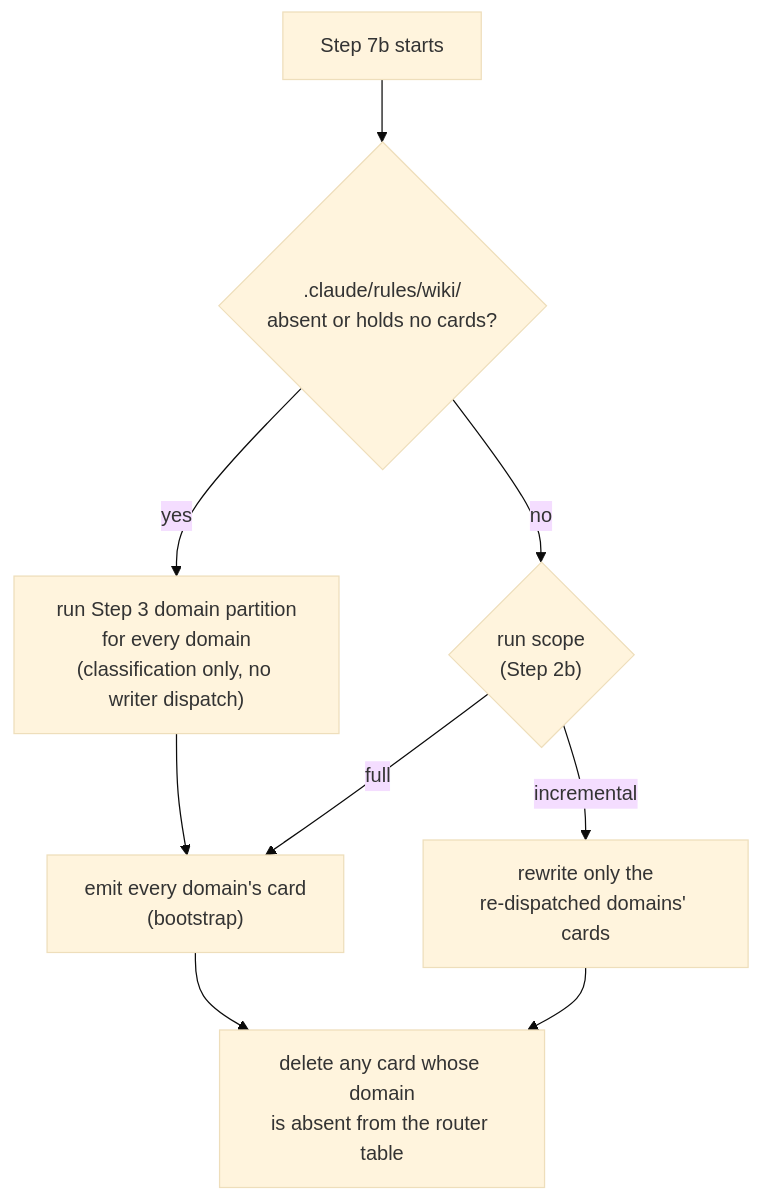
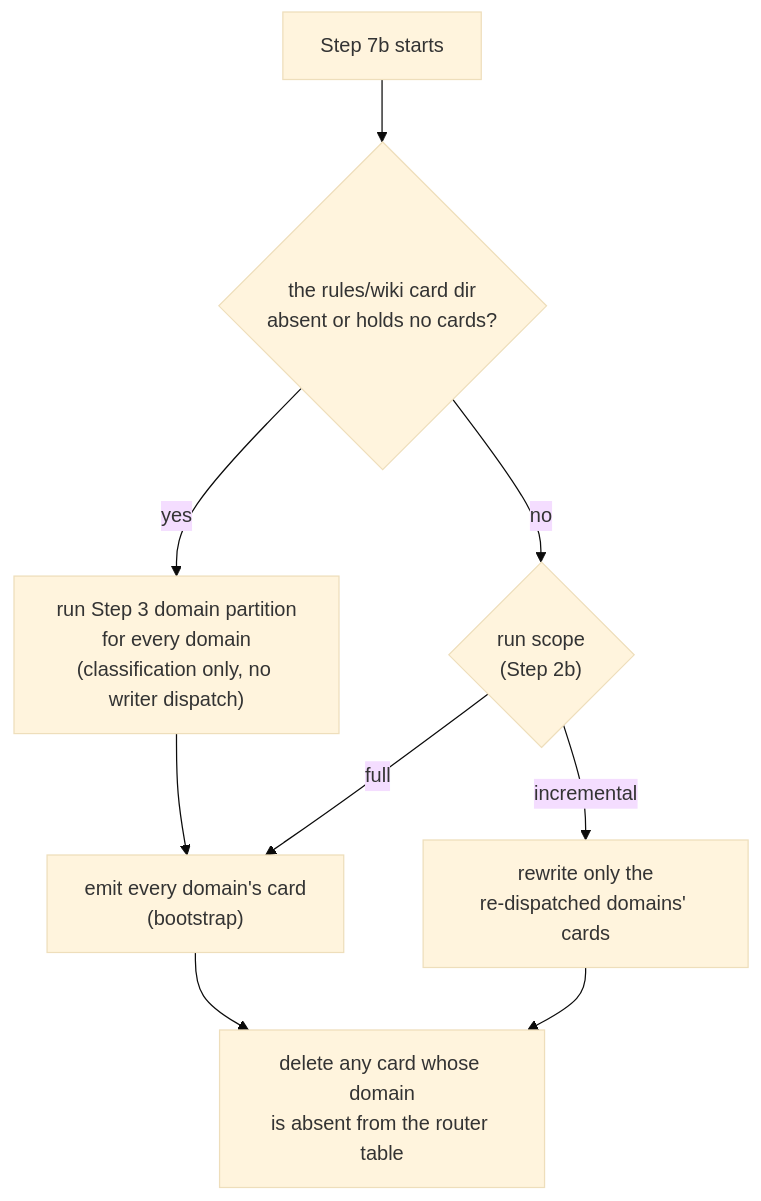
The second of 2 diagrams in docs/wiki/signals.md (damusix/atomic-claude), drawn with Mermaid (base theme) before and after one commit. The commit also changed other lines of this file and 21 other files, not shown here.

````diff
--- a/docs/wiki/signals.md
+++ b/docs/wiki/signals.md
@@ -72,11 +72,11 @@
 ```mermaid
 flowchart TD
-    S["Step 7b starts"] --> Q1{".claude/rules/wiki/<br/>absent or holds no cards?"}
+    S["Step 7b starts"] --> Q1{"the rules/wiki card dir<br/>absent or holds no cards?"}
     Q1 -->|yes| PART["run Step 3 domain partition<br/>for every domain<br/>(classification only, no writer dispatch)"]
     PART --> ALL["emit every domain's card<br/>(bootstrap)"]
     Q1 -->|no| Q2{"run scope<br/>(Step 2b)"}
     Q2 -->|full| ALL
     Q2 -->|incremental| SOME["rewrite only the<br/>re-dispatched domains' cards"]
     ALL --> DEL["delete any card whose domain<br/>is absent from the router table"]
     SOME --> DEL
 ```
````
